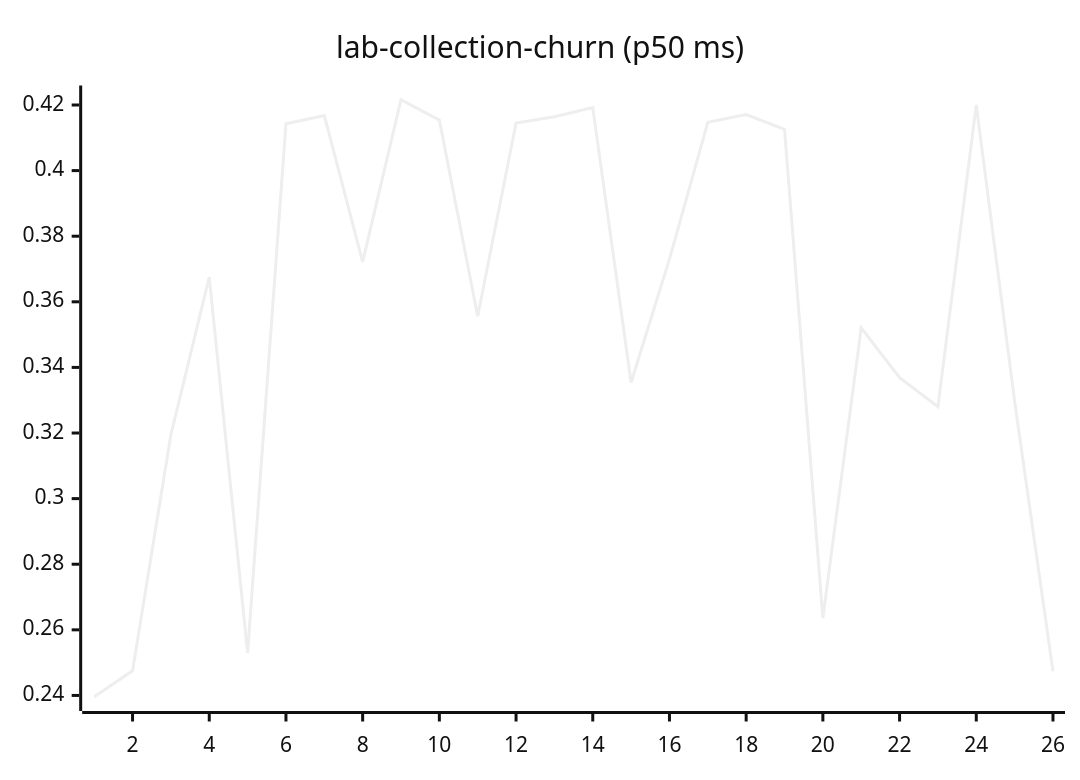
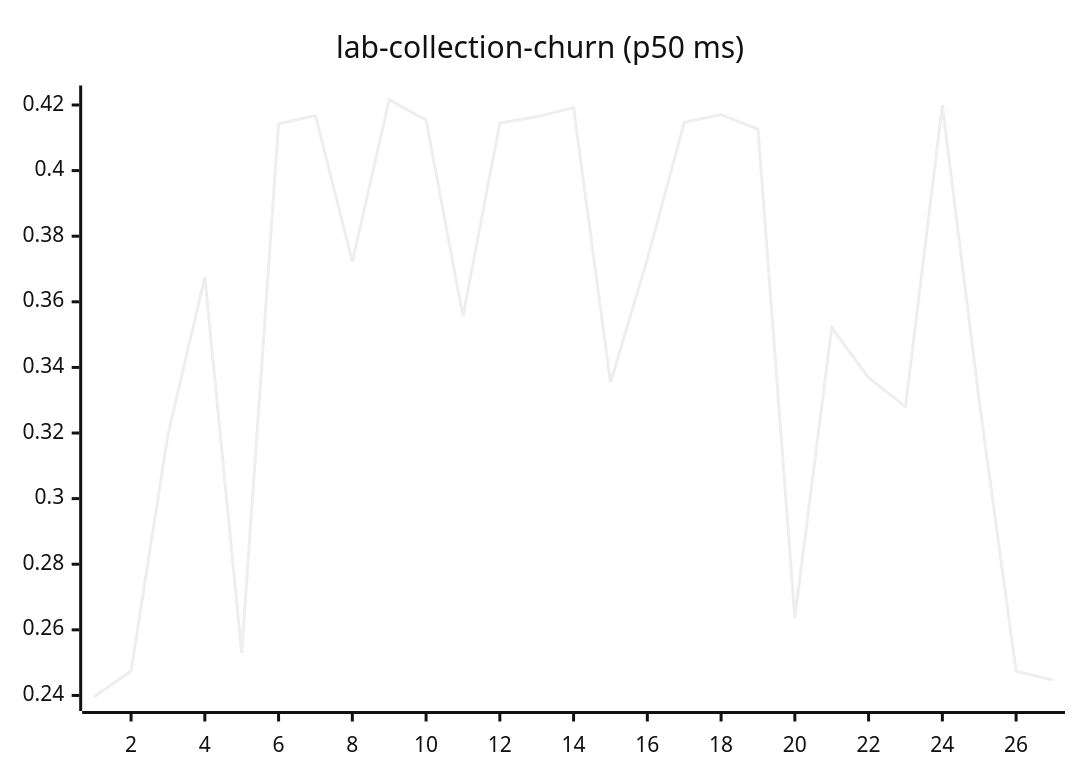
Before and after one commit to josha/Facet: diagram 11 of 27 in README.md, drawn with Mermaid (neutral theme). The commit also changed other lines of this file and 2 other files, not shown here.

````diff
--- a/README.md
+++ b/README.md
@@ -133,6 +133,6 @@
 ```mermaid
 xychart-beta
     title "lab-collection-churn (p50 ms)"
-    x-axis 1 --> 26
-    line [0.2396, 0.2475, 0.3195, 0.3675, 0.2530, 0.4143, 0.4168, 0.3722, 0.4216, 0.4154, 0.3556, 0.4145, 0.4164, 0.4192, 0.3354, 0.3730, 0.4147, 0.4171, 0.4126, 0.2636, 0.3521, 0.3369, 0.3280, 0.4200, 0.3297, 0.2474]
+    x-axis 1 --> 27
+    line [0.2396, 0.2475, 0.3195, 0.3675, 0.2530, 0.4143, 0.4168, 0.3722, 0.4216, 0.4154, 0.3556, 0.4145, 0.4164, 0.4192, 0.3354, 0.3730, 0.4147, 0.4171, 0.4126, 0.2636, 0.3521, 0.3369, 0.3280, 0.4200, 0.3297, 0.2474, 0.2447]
 ```
````
